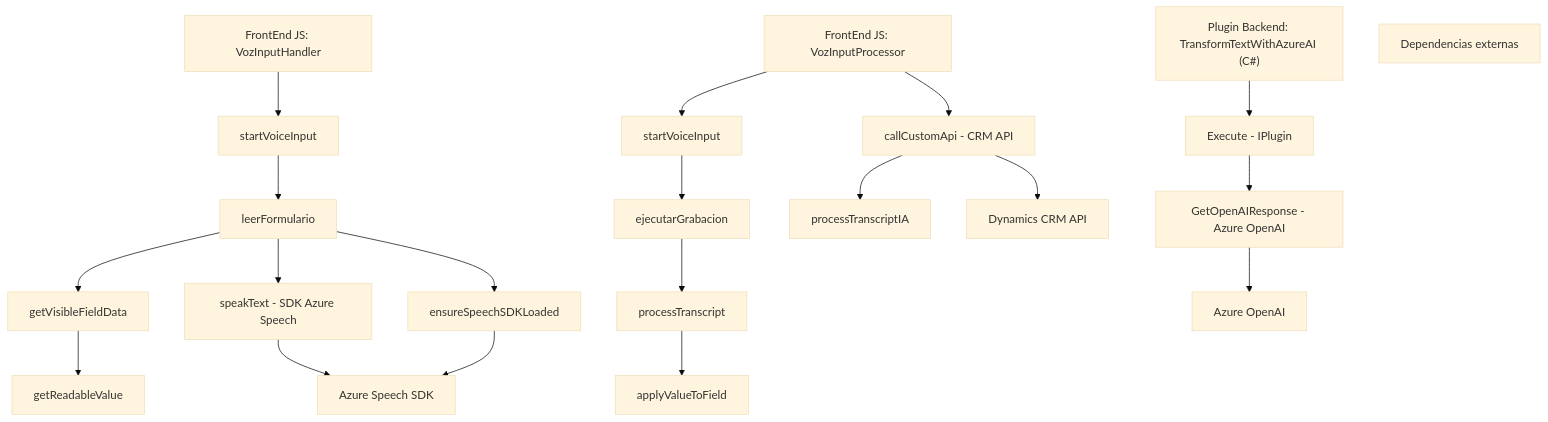
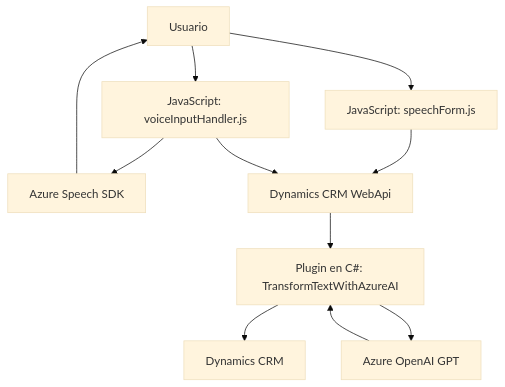
One commit to blopezdm/NETCORE_BILBAO2025 changed the diagram in README.md. Above: the diagram before and after it, drawn with Mermaid (base theme). The commit also changed other lines of this file, not shown here.

Commit message:
Actualizar análisis global de la solución con IA

````diff
--- a/README.md
+++ b/README.md
@@ -45,43 +38,22 @@
 ```mermaid
 graph TD
-    A["FrontEnd JS: VozInputHandler"]
+    A["Usuario"]
+    B["JavaScript: voiceInputHandler.js"]
+    C["JavaScript: speechForm.js"]
+    D["Azure Speech SDK"]
+    E["Dynamics CRM WebApi"]
+    F["Plugin en C#: TransformTextWithAzureAI"]
+    G["Dynamics CRM"]
+    H["Azure OpenAI GPT"]
 
-    A1["startVoiceInput"]
-    A2["leerFormulario"]
-    A3["getVisibleFieldData"]
-    A4["getReadableValue"]
-    A5["speakText - SDK Azure Speech"]
-    A6["ensureSpeechSDKLoaded"]
-
-    A --> A1 --> A2 --> A3 --> A4
-    A2 --> A5
-    A2 --> A6
-
-    B["FrontEnd JS: VozInputProcessor"]
-
-    B1["startVoiceInput"]
-    B2["ejecutarGrabacion"]
-    B3["callCustomApi - CRM API"]
-    B4["processTranscript"]
-    B5["applyValueToField"]
-    B6["processTranscriptIA"]
-
-    B --> B1 --> B2 --> B4 --> B5
-    B --> B3 --> B6
-
-    C["Plugin Backend: TransformTextWithAzureAI (C#)"]
-
-    C1["Execute - IPlugin"]
-    C2["GetOpenAIResponse - Azure OpenAI"]
-    C --> C1 --> C2
-
-    D["Dependencias externas"]
-    D1["Azure Speech SDK"]
-    D2["Azure OpenAI"]
-    D3["Dynamics CRM API"]
-    
-    A5 --> D1
-    A6 --> D1
-    B3 --> D3
-    C2 --> D2
+    A --> B
+    A --> C
+    B --> D
+    C --> E
+    B --> E
+    E --> F
+    F --> G
+    F --> H
+    H --> F
+    D --> A
 ```
````
